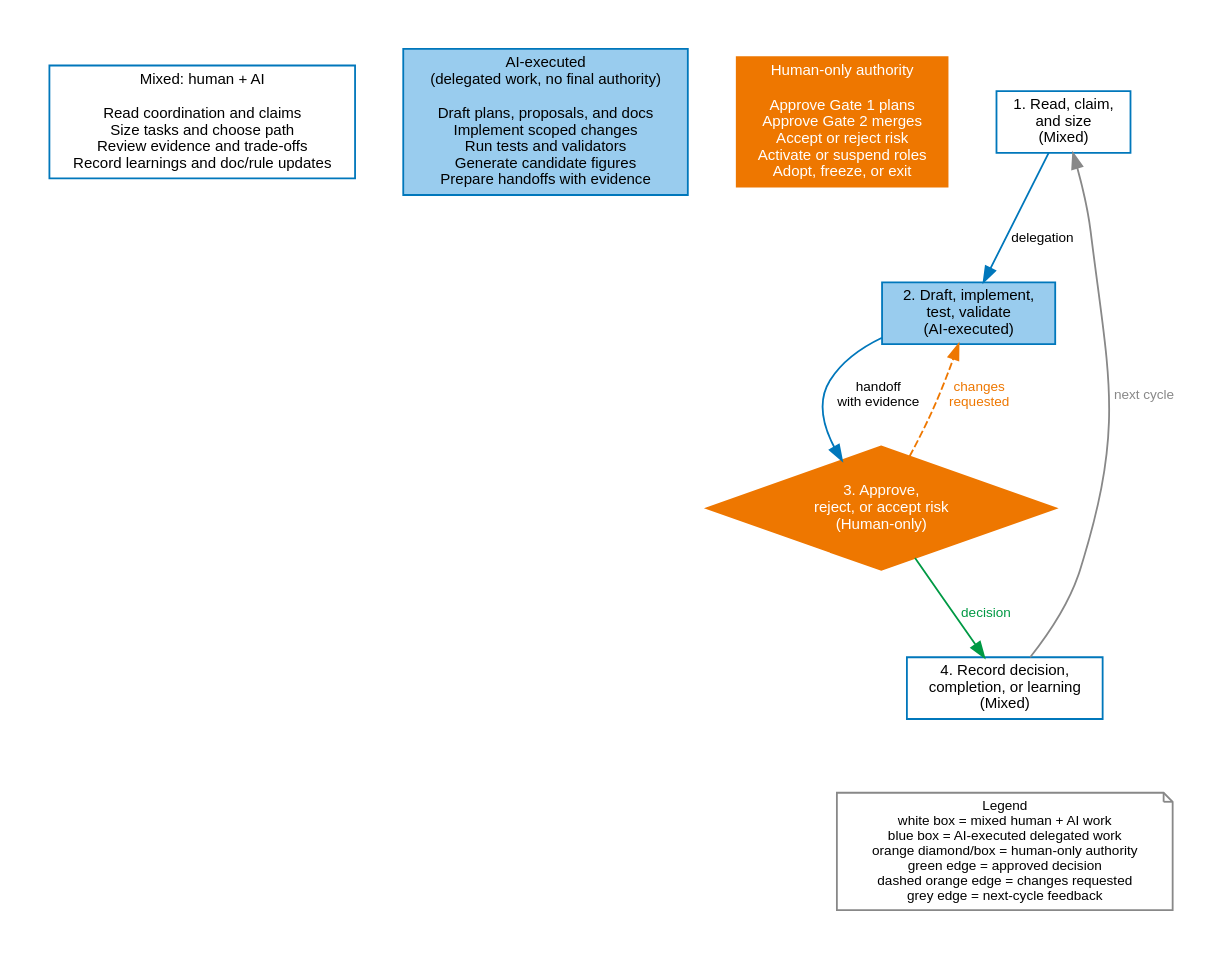
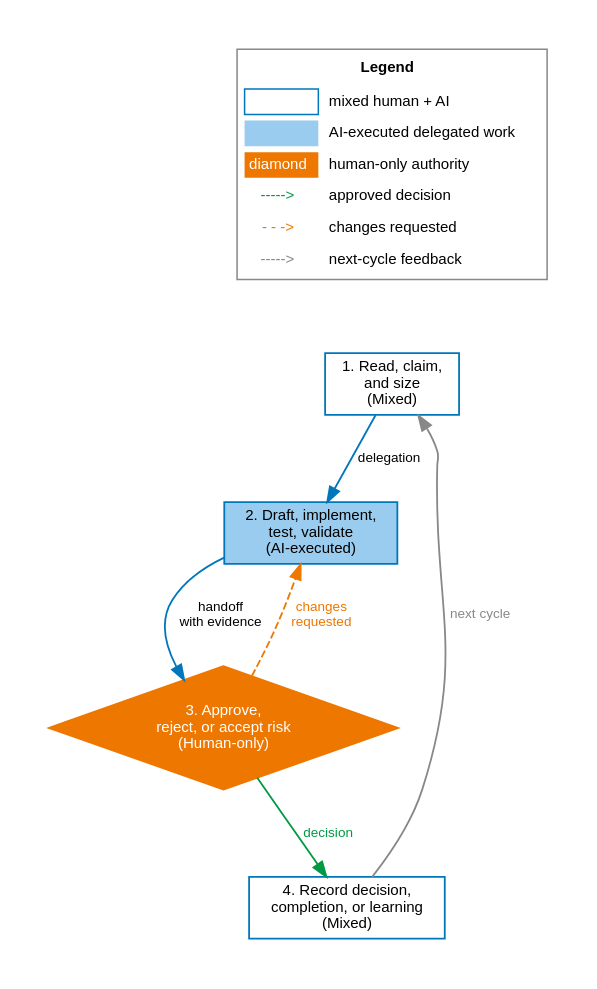
The diagram in agf/docs/figures/src/operating-responsibility-map.dot (janipaijanen/agf-mirror), drawn with Graphviz before and after one commit. The commit also changed 21 other files, not shown here.

Commit message:
docs: use visual keys for figure legends

```diff
--- a/agf/docs/figures/src/operating-responsibility-map.dot
+++ b/agf/docs/figures/src/operating-responsibility-map.dot
@@ -1,41 +1,42 @@
 // SPDX-License-Identifier: CC-BY-SA-4.0
 // agents-govern: day-to-day responsibility modes
 // Generate: dot -Tsvg operating-responsibility-map.dot -o ../operating-responsibility-map.svg
 digraph operating_responsibility_map {
     graph [rankdir=TB, splines=spline, pad=0.35, nodesep=0.45, ranksep=0.65,
            fontname="Helvetica", fontsize=11, compound=true]
     node  [fontname="Helvetica", fontsize=10, style=filled, shape=box,
            fillcolor=white, color="#0077BB", penwidth=1.2]
     edge  [fontname="Helvetica", fontsize=9, color="#0077BB", penwidth=1.2]
 
-    mixed_items [label="Mixed: human + AI\n\nRead coordination and claims\nSize tasks and choose path\nReview evidence and trade-offs\nRecord learnings and doc/rule updates",
-                 fillcolor=white]
-    ai_items [label="AI-executed\n(delegated work, no final authority)\n\nDraft plans, proposals, and docs\nImplement scoped changes\nRun tests and validators\nGenerate candidate figures\nPrepare handoffs with evidence",
-              fillcolor="#99CCEE"]
-    human_items [label="Human-only authority\n\nApprove Gate 1 plans\nApprove Gate 2 merges\nAccept or reject risk\nActivate or suspend roles\nAdopt, freeze, or exit",
-                 fillcolor="#EE7700", fontcolor=white, color="#EE7700"]
-
-    { rank=same; mixed_items; ai_items; human_items }
+    legend [shape=plain, label=<
+        <TABLE BORDER="1" CELLBORDER="0" CELLSPACING="4" CELLPADDING="3" COLOR="#888888" BGCOLOR="white">
+            <TR><TD COLSPAN="2"><B>Legend</B></TD></TR>
+            <TR><TD BORDER="1" COLOR="#0077BB" WIDTH="28"></TD><TD ALIGN="LEFT">mixed human + AI</TD></TR>
+            <TR><TD BGCOLOR="#99CCEE" WIDTH="28"></TD><TD ALIGN="LEFT">AI-executed delegated work</TD></TR>
+            <TR><TD BGCOLOR="#EE7700" WIDTH="28"><FONT COLOR="white">diamond</FONT></TD><TD ALIGN="LEFT">human-only authority</TD></TR>
+            <TR><TD><FONT COLOR="#009944">-----&gt;</FONT></TD><TD ALIGN="LEFT">approved decision</TD></TR>
+            <TR><TD><FONT COLOR="#EE7700">- - -&gt;</FONT></TD><TD ALIGN="LEFT">changes requested</TD></TR>
+            <TR><TD><FONT COLOR="#888888">-----&gt;</FONT></TD><TD ALIGN="LEFT">next-cycle feedback</TD></TR>
+        </TABLE>
+    >]
 
     read    [label="1. Read, claim,\nand size\n(Mixed)", fillcolor=white]
     execute [label="2. Draft, implement,\ntest, validate\n(AI-executed)",
              fillcolor="#99CCEE"]
     decide  [label="3. Approve,\nreject, or accept risk\n(Human-only)",
              shape=diamond, fillcolor="#EE7700", fontcolor=white,
              color="#EE7700"]
     record  [label="4. Record decision,\ncompletion, or learning\n(Mixed)",
              fillcolor=white]
 
     read -> execute [label="delegation"]
     execute -> decide [label="handoff\nwith evidence"]
     decide -> execute [label="changes\nrequested", style=dashed,
                        color="#EE7700", fontcolor="#EE7700"]
     decide -> record [label="decision", color="#009944",
                       fontcolor="#009944"]
     record -> read [label="next cycle", color="#888888",
                     fontcolor="#888888"]
 
-    legend [label="Legend\nwhite box = mixed human + AI work\nblue box = AI-executed delegated work\norange diamond/box = human-only authority\ngreen edge = approved decision\ndashed orange edge = changes requested\ngrey edge = next-cycle feedback",
-            shape=note, fillcolor=white, color="#888888", fontsize=9]
-    record -> legend [style=invis]
+    legend -> read [style=invis]
 }
```
